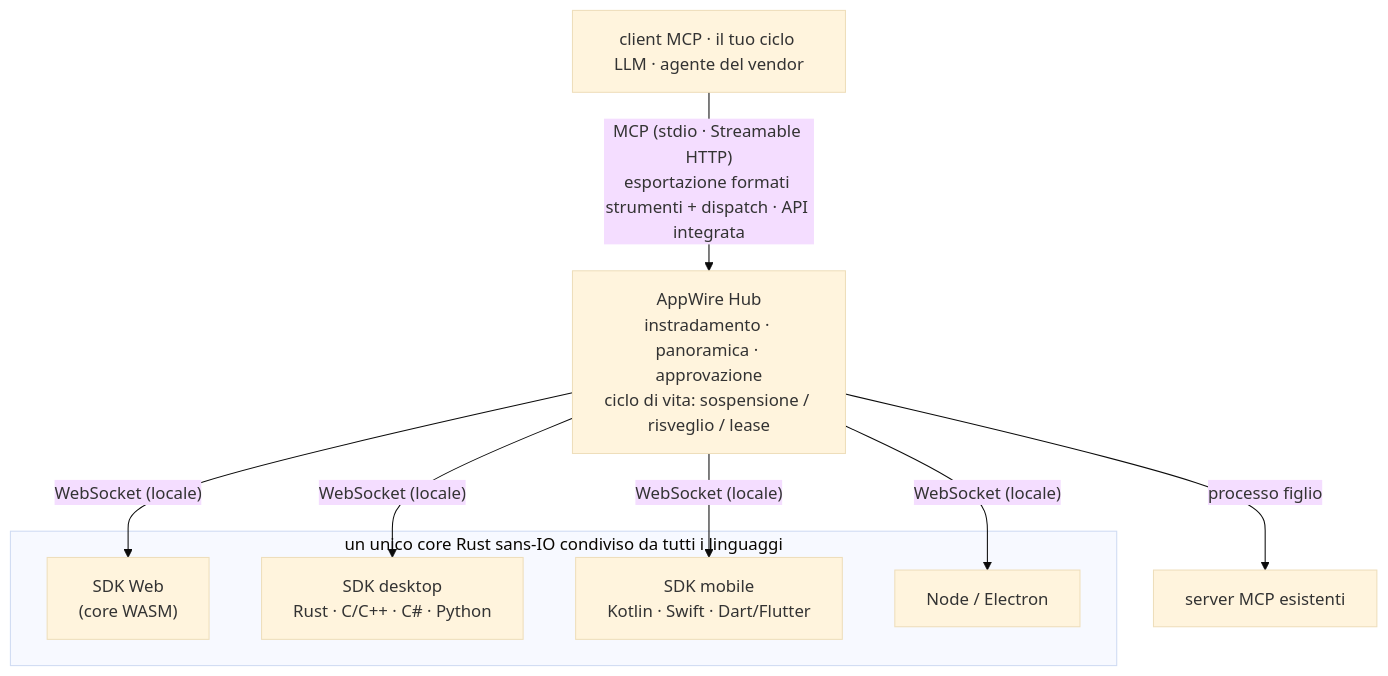
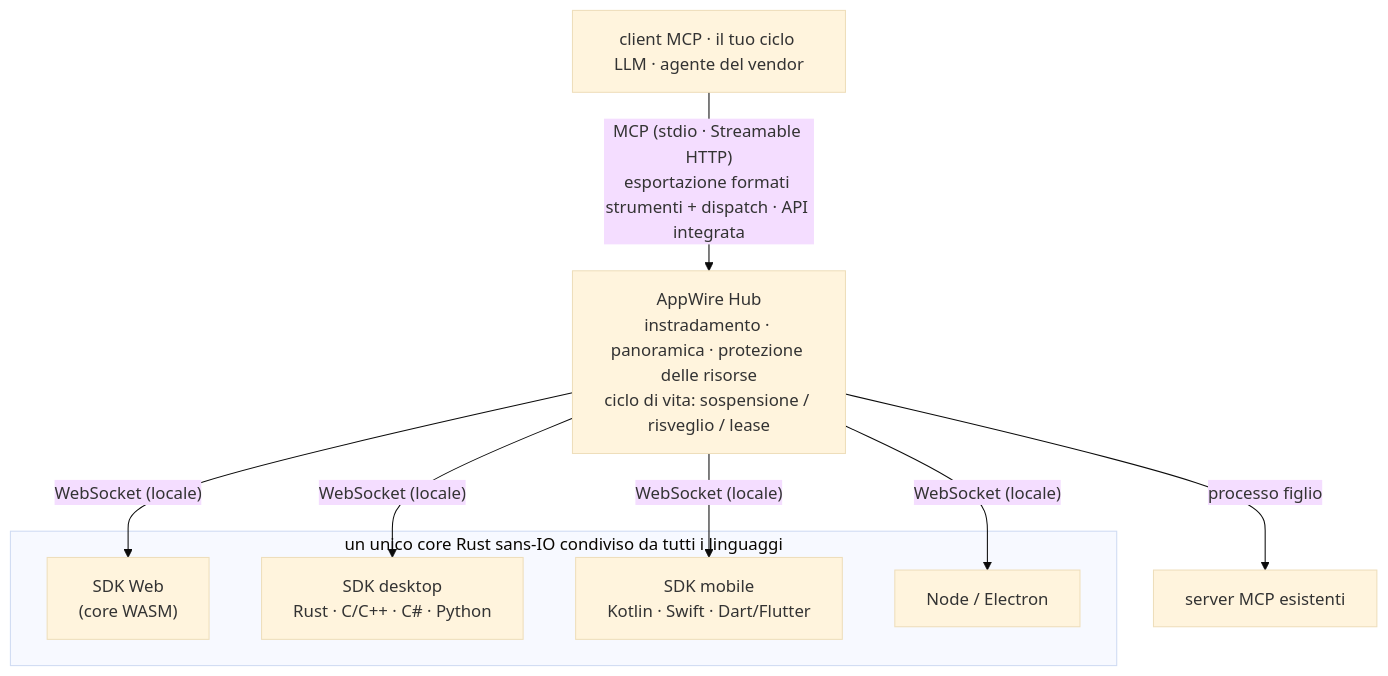
One commit to stareing/appwire changed the diagram in docs/README.it.md. Above: the diagram before and after it, drawn with Mermaid (base theme). The commit also changed other lines of this file and 11 other files, not shown here.

Commit message:
第 18 项 L1 + L4：README（11 种语言）与 llms.txt 去掉"Hub 审批"承诺，改为放行归 Agent、高风险确认归 App、本库如实传递声明并保护资源；补第 9 条原则"看得见、改得回"

````diff
--- a/docs/README.it.md
+++ b/docs/README.it.md
@@ -155,17 +158,17 @@
 ```mermaid
 flowchart TD
   clients["client MCP · il tuo ciclo LLM · agente del vendor"]
-  hub["AppWire Hub<br/>instradamento · panoramica · approvazione<br/>ciclo di vita: sospensione / risveglio / lease"]
+  hub["AppWire Hub<br/>instradamento · panoramica · protezione delle risorse<br/>ciclo di vita: sospensione / risveglio / lease"]
   clients -- "MCP (stdio · Streamable HTTP)<br/>esportazione formati strumenti + dispatch · API integrata" --> hub
   hub -- "WebSocket (locale)" --> web["SDK Web<br/>(core WASM)"]
   hub -- "WebSocket (locale)" --> desktop["SDK desktop<br/>Rust · C/C++ · C# · Python"]
   hub -- "WebSocket (locale)" --> mobile["SDK mobile<br/>Kotlin · Swift · Dart/Flutter"]
   hub -- "WebSocket (locale)" --> node["Node / Electron"]
   hub -- "processo figlio" --> upstream["server MCP esistenti"]
   subgraph core["un unico core Rust sans-IO condiviso da tutti i linguaggi"]
     web
     desktop
     mobile
     node
   end
 ```
````
